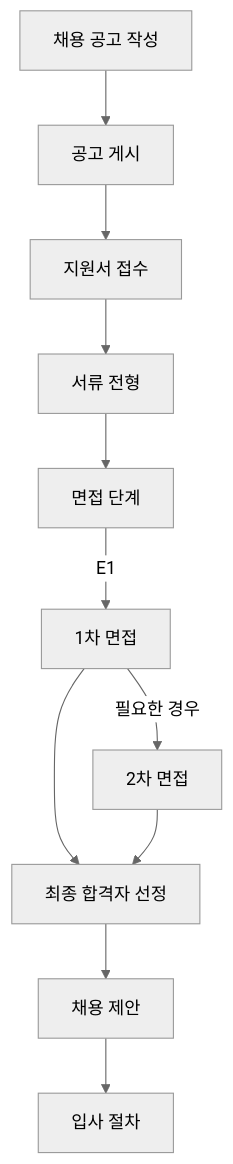
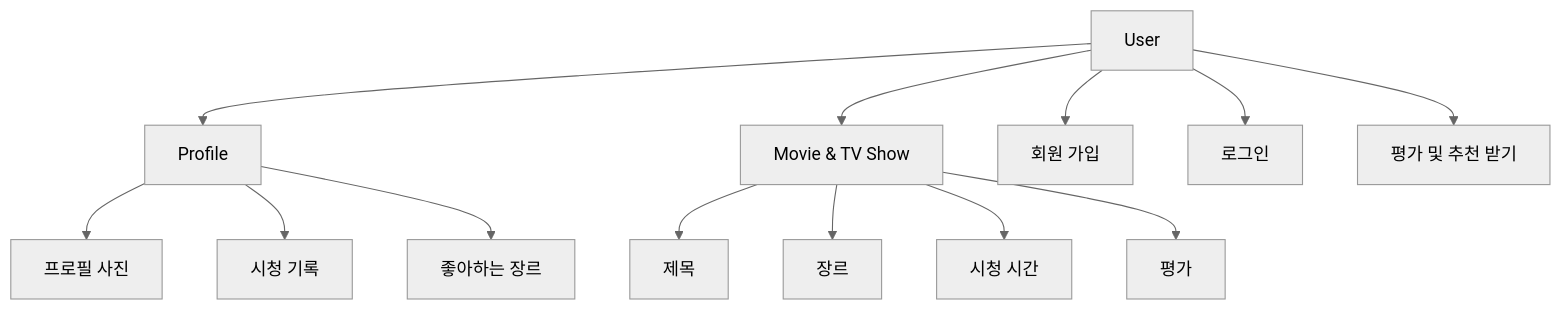
The diagram in 2주차 과제.md (jinmouse/ChatGPT), drawn with Mermaid (neutral theme) before and after one commit. The commit also changed other lines of this file, not shown here.

````diff
--- a/2주차 과제.md
+++ b/2주차 과제.md
@@ -54,24 +60,21 @@
 ```mermaid
 graph TD
-    A[채용 공고 작성]
-    B[공고 게시]
-    C[지원서 접수]
-    D[서류 전형]
-    E[면접 단계]
-    E1[1차 면접]
-    E2[2차 면접]
-    F[최종 합격자 선정]
-    G[채용 제안]
-    H[입사 절차]
+  User[User]
+  Profile[Profile]
+  MovieTVShow[Movie & TV Show]
 
-    A --> B
-    B --> C
-    C --> D
-    D --> E
-    E -->|E1| E1
-    E1 -->|필요한 경우| E2
-    E1 --> F
-    E2 --> F
-    F --> G
-    G --> H
-```
+  User --> SignUp[회원 가입]
+  User --> Login[로그인]
+  User --> Profile
+  User --> MovieTVShow
+  User --> RatingRecommendation[평가 및 추천 받기]
+  
+  Profile --> ProfilePicture[프로필 사진]
+  Profile --> WatchHistory[시청 기록]
+  Profile --> FavoriteGenre[좋아하는 장르]
+  
+  MovieTVShow --> Title[제목]
+  MovieTVShow --> Genre[장르]
+  MovieTVShow --> WatchTime[시청 시간]
+  MovieTVShow --> Evaluate[평가]
+``` 
````
